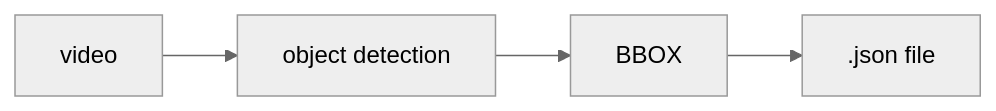
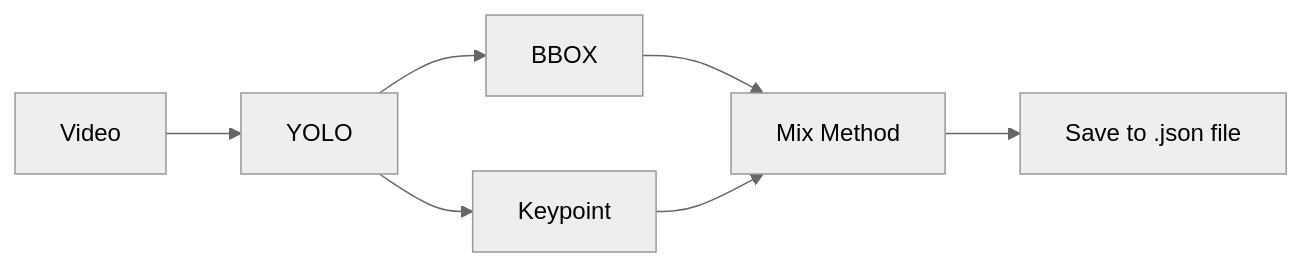
One commit to ChenKaiXuSan/Skeleton_ASD_PyTorch changed the second of 2 diagrams in prepare_gait_cycle_index/README.md. Above: the diagram before and after it, drawn with Mermaid (neutral theme). The commit also changed other lines of this file and 7 other files, not shown here.

````diff
--- a/prepare_gait_cycle_index/README.md
+++ b/prepare_gait_cycle_index/README.md
@@ -46,4 +43,8 @@
 ``` mermaid
 graph LR
-    A[video] --> B[object detection] --> C[BBOX] --> D[.json file]
+    A[Video] --> B[YOLO] --> C[BBOX] 
+    B --> D[Keypoint]
+    C --> E[Mix Method]
+    D --> E[Mix Method]
+    E --> F[Save to .json file]
 ```
````
